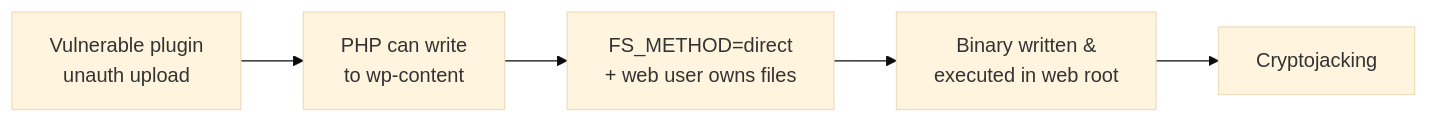
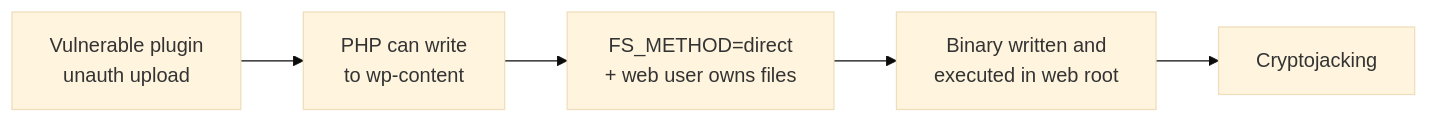
One commit to ZenithGenius/wordpress-xmrig-cryptojacking changed the second of 3 diagrams in analysis/xmrig-wordpress-cryptojacking.md. Above: the diagram before and after it, drawn with Mermaid (base theme). The commit also changed other lines of this file and 5 other files, not shown here.

````diff
--- a/analysis/xmrig-wordpress-cryptojacking.md
+++ b/analysis/xmrig-wordpress-cryptojacking.md
@@ -224,7 +189,7 @@
 ```mermaid
 flowchart LR
     P[Vulnerable plugin<br/>unauth upload] --> W[PHP can write<br/>to wp-content]
     W --> X[FS_METHOD=direct<br/>+ web user owns files]
-    X --> Y[Binary written &<br/>executed in web root]
+    X --> Y[Binary written and<br/>executed in web root]
     Y --> Z[Cryptojacking]
 ```
````
